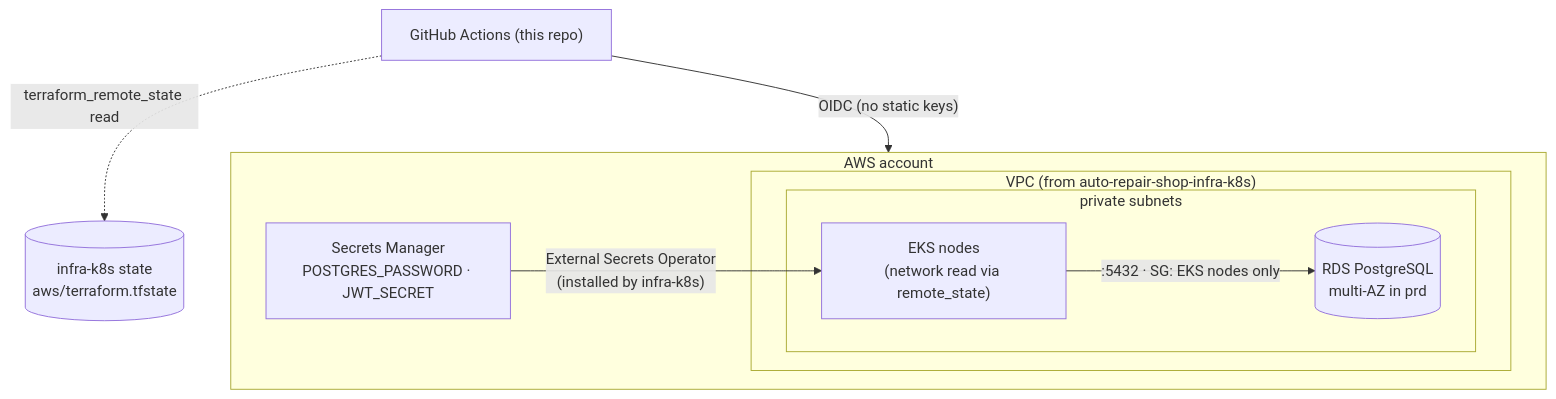
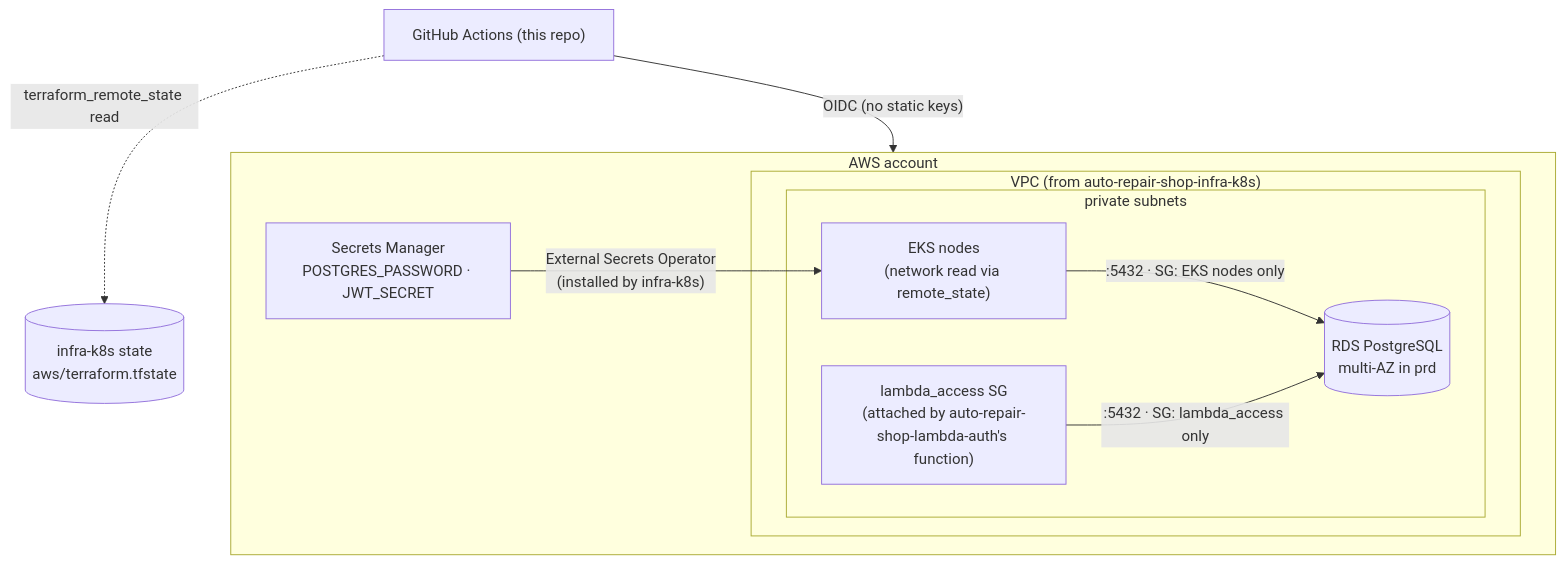
Before and after one commit to POS-FIAP-15SOAT-TEAM-DARK-MODE/auto-repair-shop-infra-db: the diagram in README.md, drawn with Mermaid. The commit also changed other lines of this file and 3 other files, not shown here.

First line of the commit message:
feat: add RDS access security group for the customer-login lambda

````diff
--- a/README.md
+++ b/README.md
@@ -75,20 +76,22 @@
 ```mermaid
 flowchart TB
     gha["GitHub Actions (this repo)"]
 
     subgraph aws["AWS account"]
         sm["Secrets Manager<br/>POSTGRES_PASSWORD · JWT_SECRET"]
 
         subgraph vpc["VPC (from auto-repair-shop-infra-k8s)"]
             subgraph priv["private subnets"]
                 eks["EKS nodes<br/>(network read via remote_state)"]
+                lambda["lambda_access SG<br/>(attached by auto-repair-shop-lambda-auth's function)"]
                 rds[("RDS PostgreSQL<br/>multi-AZ in prd")]
             end
             eks -->|":5432 · SG: EKS nodes only"| rds
+            lambda -->|":5432 · SG: lambda_access only"| rds
         end
     end
 
     sm -->|"External Secrets Operator<br/>(installed by infra-k8s)"| eks
     gha -->|"OIDC (no static keys)"| aws
     gha -.->|"terraform_remote_state read"| tfk8s[("infra-k8s state<br/>aws/terraform.tfstate")]
 ```
````
